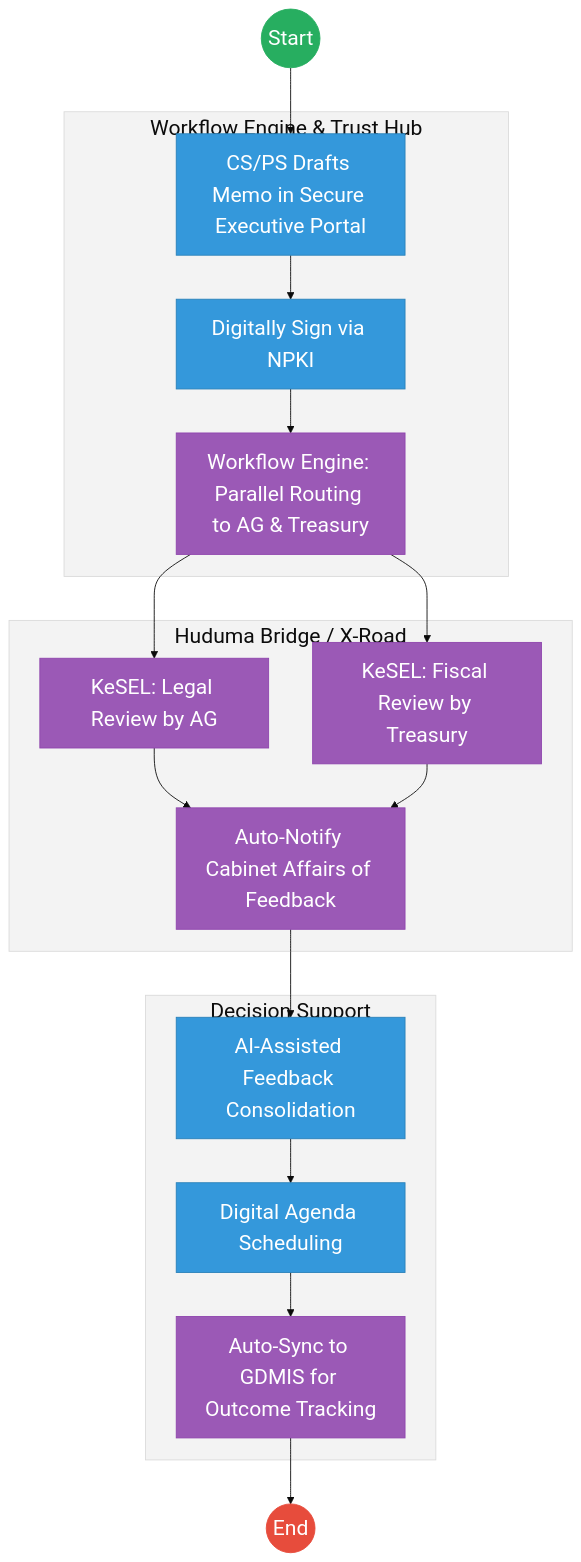
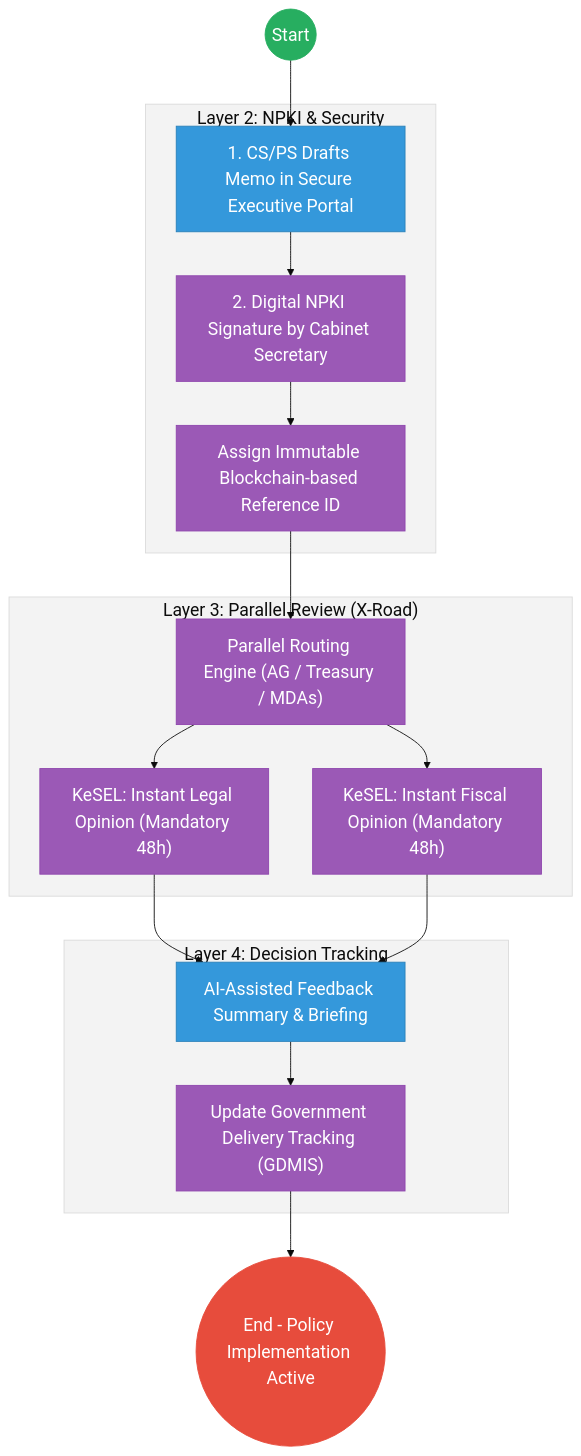
The second of 2 diagrams in mdas/docs_final/priority_mdas/CABINET_OFFICE___Service_Delivery.md (BITZ-IT-Consulting-LTD/ictapoc), drawn with Mermaid before and after one commit. The commit also changed other lines of this file and 37 other files, not shown here.

````diff
--- a/mdas/docs_final/priority_mdas/CABINET_OFFICE___Service_Delivery.md
+++ b/mdas/docs_final/priority_mdas/CABINET_OFFICE___Service_Delivery.md
@@ -130,34 +111,33 @@
 ```mermaid
-%%{init: { 'theme': 'base', 'themeVariables': { 'fontSize': '24px', 'fontFamily': 'Inter, system-ui, sans-serif', 'primaryColor': '#ffffff', 'edgeLabelBackground':'#ffffff', 'tertiaryColor': '#f3f3f3', 'mainBkg': '#ffffff', 'nodeBorder': '#333333' } } }%%
-graph TD
-    Start((Start)) --> Draft["CS/PS Drafts Memo in Secure Executive Portal"]
+%%{init: { 'theme': 'base', 'themeVariables': { 'fontSize': '20px', 'fontFamily': 'Inter, system-ui, sans-serif', 'primaryColor': '#ffffff', 'edgeLabelBackground':'#ffffff', 'tertiaryColor': '#f3f3f3', 'mainBkg': '#ffffff', 'nodeBorder': '#333333' } } }%%
+flowchart TD
+    Start((Start)) --> Draft["1. CS/PS Drafts Memo in Secure Executive Portal"]
     
-    subgraph Layer2["Workflow Engine & Trust Hub"]
-        Draft --> Sign["Digitally Sign via NPKI "]
-        Sign --> Parallel["Workflow Engine: Parallel Routing to AG & Treasury"]
+    subgraph Trust_Hub["Layer 2: NPKI & Security"]
+        Draft --> Sign["2. Digital NPKI Signature by Cabinet Secretary"]
+        Sign --> RefID["Assign Immutable Blockchain-based Reference ID"]
     end
+
+    subgraph Interop_Interop["Layer 3: Parallel Review (X-Road)"]
+        RefID --> Parallel["Parallel Routing Engine (AG / Treasury / MDAs)"]
+        Parallel --> AG["KeSEL: Instant Legal Opinion (Mandatory 48h)"]
+        Parallel --> Treasury["KeSEL: Instant Fiscal Opinion (Mandatory 48h)"]
+    end
+
+    subgraph Settlement["Layer 4: Decision Tracking"]
+        AG & Treasury --> Consolidate["AI-Assisted Feedback Summary & Briefing"]
+        Consolidate --> GDMIS["Update Government Delivery Tracking (GDMIS)"]
+    end
+
+    GDMIS --> EndProcess(("End - Policy Implementation Active"))
+
+    classDef start fill:#27ae60,stroke:#27ae60,color:#fff,font-size:20px;;
+    classDef endNode fill:#e74c3c,stroke:#e74c3c,color:#fff,font-size:20px;;
+    classDef userTask fill:#3498db,stroke:#2980b9,color:#fff,font-size:20px;;
+    classDef serviceTask fill:#9b59b6,stroke:#8e44ad,color:#fff,font-size:20px;;
     
-    subgraph Layer3["Huduma Bridge / X-Road"]
-        Parallel --> AG["KeSEL: Legal Review by AG"]
-        Parallel --> Treasury["KeSEL: Fiscal Review by Treasury"]
-        AG --> Notify["Auto-Notify Cabinet Affairs of Feedback"]
-        Treasury --> Notify
-    end
-    
-    subgraph Layer4["Decision Support"]
-        Notify --> Consolidate["AI-Assisted Feedback Consolidation"]
-        Consolidate --> Schedule["Digital Agenda Scheduling"]
-        Schedule --> GDMIS["Auto-Sync to GDMIS for Outcome Tracking"]
-    end
-    
-    GDMIS --> End((End))
-
-    classDef start fill:#27ae60,stroke:#27ae60,color:#fff,font-size:24px,font-size:24px;;
-    classDef endNode fill:#e74c3c,stroke:#e74c3c,color:#fff,font-size:24px,font-size:24px;;
-    classDef userTask fill:#3498db,stroke:#2980b9,color:#fff,font-size:24px,font-size:24px;;
-    classDef serviceTask fill:#9b59b6,stroke:#8e44ad,color:#fff,font-size:24px,font-size:24px;;
     class Start start;
-    class End endNode;
-    class Draft,Sign,Consolidate,Schedule userTask;
-    class Parallel,AG,Treasury,Notify,GDMIS serviceTask;
+    class EndProcess endNode;
+    class Draft,Consolidate userTask;
+    class Sign,RefID,Parallel,AG,Treasury,GDMIS serviceTask;
 ```
````
